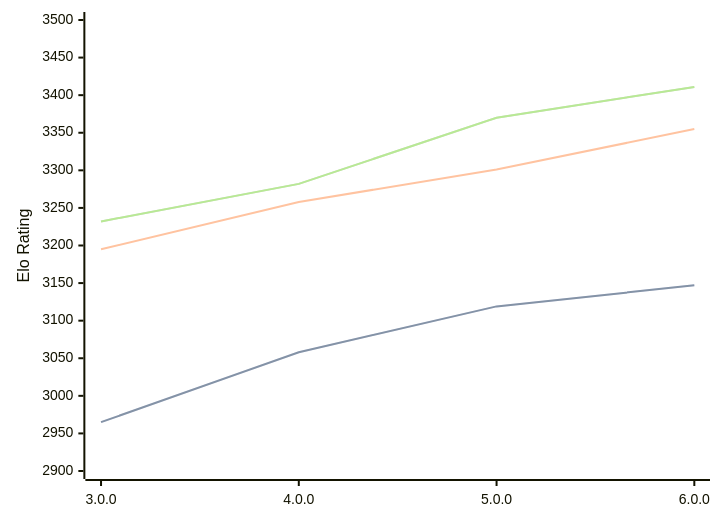
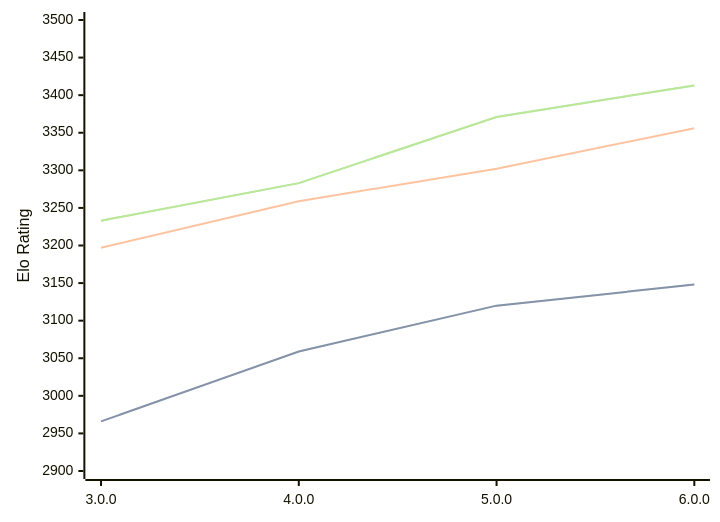
The first of 3 diagrams in engines/Minke.md (computer-chess-index/cci), drawn with Mermaid before and after one commit. The commit also changed other lines of this file, not shown here.

Commit message:
Update CCI Ratings (ELO VLTC) - 2026-06-23

````diff
--- a/engines/Minke.md
+++ b/engines/Minke.md
@@ -36,11 +36,11 @@
 ```mermaid
 %%{init: {"theme":"base","themeVariables":{"seriesColors:['#a3a3a3','#222221','#faa371']}}}%%
 xychart-beta
   x-axis ["3.0.0", "4.0.0", "5.0.0", "6.0.0"]
   y-axis "Elo Rating" 2900 --> 3500
-  line "STC (8.0+0.08s)" [2965, 3058, 3119, 3147]
-  line "STC (8.0+0.08s)" [2965, 3058, 3119, 3147]
-  line "LTC (60.0+0.60s)" [3195, 3258, 3301, 3355]
-  line "VLTC (2m24s+1.12s)" [3232, 3282, 3370, 3411]
-  line "VLTC (2m24s+1.12s)" [3232, 3282, 3370, 3411]
+  line "STC (8.0+0.08s)" [2966, 3059, 3120, 3148]
+  line "STC (8.0+0.08s)" [2966, 3059, 3120, 3148]
+  line "LTC (60.0+0.60s)" [3197, 3259, 3302, 3356]
+  line "VLTC (2m24s+1.12s)" [3233, 3283, 3371, 3413]
+  line "VLTC (2m24s+1.12s)" [3233, 3283, 3371, 3413]
 ```
````
